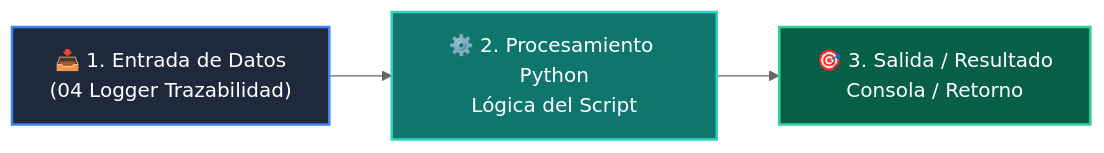
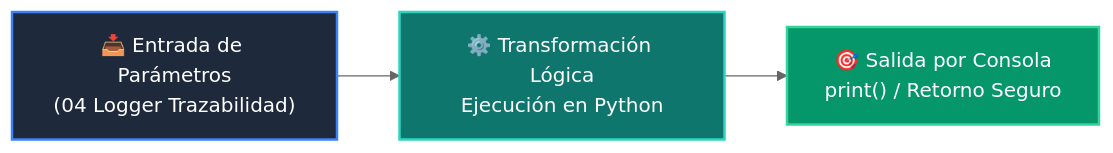
One commit to wisrovi/wisrovi-python changed the diagram in 03-agentes-ia/clase-07-agentes-autonomos-react/ejemplos/ejemplo_04_logger_trazabilidad/README.md. Above: the diagram before and after it, drawn with Mermaid (neutral theme). The commit also changed other lines of this file and 226 other files, not shown here.

Commit message:
docs: elevate all repository READMEs to world-class mastery standard with rich pedagogical architecture, custom Mermaids, and professional styling

````diff
--- a/03-agentes-ia/clase-07-agentes-autonomos-react/ejemplos/ejemplo_04_logger_trazabilidad/README.md
+++ b/03-agentes-ia/clase-07-agentes-autonomos-react/ejemplos/ejemplo_04_logger_trazabilidad/README.md
@@ -12,9 +19,9 @@
 ```mermaid
 flowchart LR
-    A["📥 1. Entrada de Datos<br/>(04 Logger Trazabilidad)"] --> B["⚙️ 2. Procesamiento Python<br/>Lógica del Script"]
-    B --> C["🎯 3. Salida / Resultado<br/>Consola / Retorno"]
+    A["📥 Entrada de Parámetros<br/>(04 Logger Trazabilidad)"] --> B["⚙️ Transformación Lógica<br/>Ejecución en Python"]
+    B --> C["🎯 Salida por Consola<br/>print() / Retorno Seguro"]
 
-    style A fill:#1e293b,color:#fff,stroke:#3b82f6,stroke-width:2px
-    style B fill:#0f766e,color:#fff,stroke:#2dd4bf,stroke-width:2px
-    style C fill:#065f46,color:#fff,stroke:#34d399,stroke-width:2px
+    style A fill:#1e293b,color:#ffffff,stroke:#3b82f6,stroke-width:2px
+    style B fill:#0f766e,color:#ffffff,stroke:#2dd4bf,stroke-width:2px
+    style C fill:#059669,color:#ffffff,stroke:#34d399,stroke-width:2px
 ```
````
